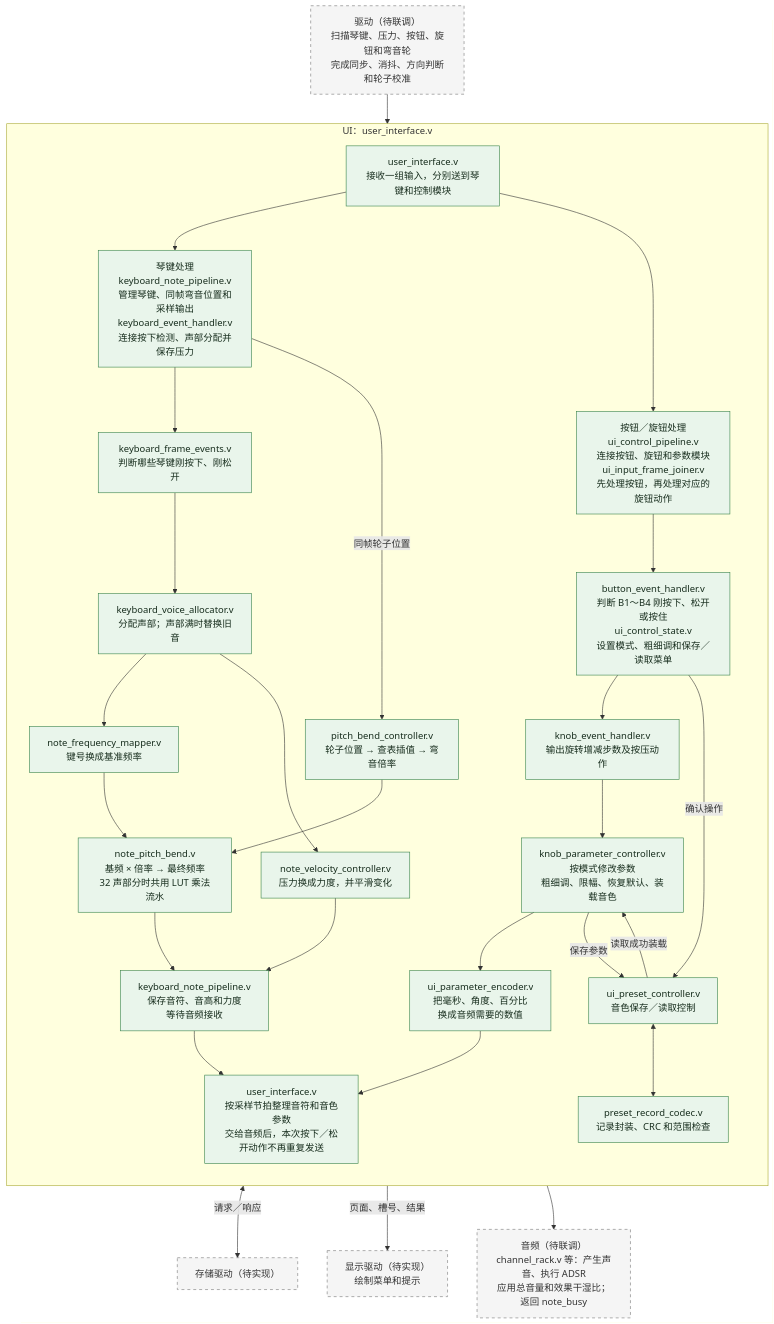
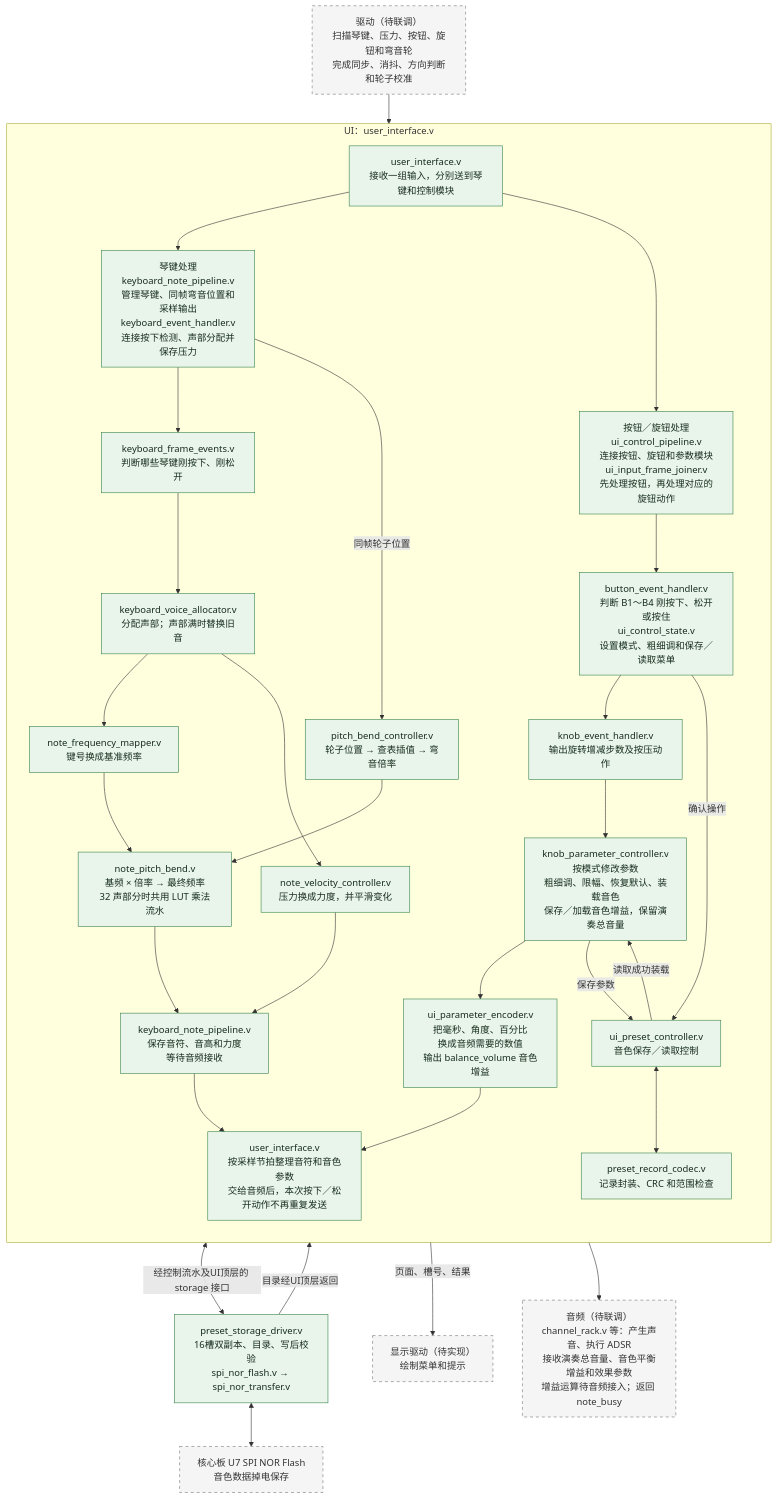
Before and after one commit to MaybeThready/MT-EMI: the first of 2 diagrams in docs/UI模块README.md, drawn with Mermaid. The commit also changed other lines of this file and 40 other files, not shown here.

````diff
--- a/docs/UI模块README.md
+++ b/docs/UI模块README.md
@@ -57,41 +57,43 @@
 ```mermaid
 flowchart TB
     D["驱动（待联调）<br/>扫描琴键、压力、按钮、旋钮和弯音轮<br/>完成同步、消抖、方向判断和轮子校准"]
     subgraph UI["UI：user_interface.v"]
         direction TB
         I["user_interface.v<br/>接收一组输入，分别送到琴键和控制模块"]
         K1["琴键处理<br/>keyboard_note_pipeline.v<br/>管理琴键、同帧弯音位置和采样输出<br/>keyboard_event_handler.v<br/>连接按下检测、声部分配并保存压力"]
         C1["按钮／旋钮处理<br/>ui_control_pipeline.v<br/>连接按钮、旋钮和参数模块<br/>ui_input_frame_joiner.v<br/>先处理按钮，再处理对应的旋钮动作"]
         K2["keyboard_frame_events.v<br/>判断哪些琴键刚按下、刚松开"]
         C2["button_event_handler.v<br/>判断 B1～B4 刚按下、松开或按住<br/>ui_control_state.v<br/>设置模式、粗细调和保存／读取菜单"]
         K3["keyboard_voice_allocator.v<br/>分配声部；声部满时替换旧音"]
         C3["knob_event_handler.v<br/>输出旋转增减步数及按压动作"]
         K4["note_frequency_mapper.v<br/>键号换成基准频率"]
         V["note_velocity_controller.v<br/>压力换成力度，并平滑变化"]
         BEND["pitch_bend_controller.v<br/>轮子位置 → 查表插值 → 弯音倍率"]
         FREQ["note_pitch_bend.v<br/>基频 × 倍率 → 最终频率<br/>32 声部分时共用 LUT 乘法流水"]
-        C4["knob_parameter_controller.v<br/>按模式修改参数<br/>粗细调、限幅、恢复默认、装载音色"]
+        C4["knob_parameter_controller.v<br/>按模式修改参数<br/>粗细调、限幅、恢复默认、装载音色<br/>保存／加载音色增益，保留演奏总音量"]
         K5["keyboard_note_pipeline.v<br/>保存音符、音高和力度<br/>等待音频接收"]
-        C5["ui_parameter_encoder.v<br/>把毫秒、角度、百分比<br/>换成音频需要的数值"]
+        C5["ui_parameter_encoder.v<br/>把毫秒、角度、百分比<br/>换成音频需要的数值<br/>输出 balance_volume 音色增益"]
         O["user_interface.v<br/>按采样节拍整理音符和音色参数<br/>交给音频后，本次按下／松开动作不再重复发送"]
         I --> K1 & C1
         K1 --> K2 --> K3 --> K4 --> FREQ --> K5 --> O
         K1 -->|同帧轮子位置| BEND --> FREQ
         K3 --> V --> K5
         C1 --> C2 --> C3 --> C4 --> C5 --> O
         P["ui_preset_controller.v<br/>音色保存／读取控制"]
         R["preset_record_codec.v<br/>记录封装、CRC 和范围检查"]
         C2 -->|确认操作| P
         C4 -->|保存参数| P
         P -->|读取成功装载| C4
         P <--> R
     end
     D --> I
-    P <-->|请求／响应| S["存储驱动（待实现）"]
+    P <-->|经控制流水及UI顶层的 storage 接口| S["preset_storage_driver.v<br/>16槽双副本、目录、写后校验<br/>spi_nor_flash.v → spi_nor_transfer.v"]
+    S <--> MEM["核心板 U7 SPI NOR Flash<br/>音色数据掉电保存"]
+    S -->|目录经UI顶层返回| C1
     C2 -->|页面、槽号、结果| LCD["显示驱动（待实现）<br/>绘制菜单和提示"]
-    O --> A["音频（待联调）<br/>channel_rack.v 等：产生声音、执行 ADSR<br/>应用总音量和效果干湿比；返回 note_busy"]
+    O --> A["音频（待联调）<br/>channel_rack.v 等：产生声音、执行 ADSR<br/>接收演奏总音量、音色平衡增益和效果参数<br/>增益运算待音频接入；返回 note_busy"]
     classDef done fill:#e9f5eb,stroke:#38834b,color:#172d1d;
     classDef pending fill:#f5f5f5,stroke:#777,stroke-dasharray:5 5,color:#333;
-    class I,K1,K2,K3,K4,K5,V,BEND,FREQ,C1,C2,C3,C4,C5,O,P,R done;
-    class D,A,S,LCD pending;
+    class I,K1,K2,K3,K4,K5,V,BEND,FREQ,C1,C2,C3,C4,C5,O,P,R,S done;
+    class D,A,LCD,MEM pending;
 ```
````
